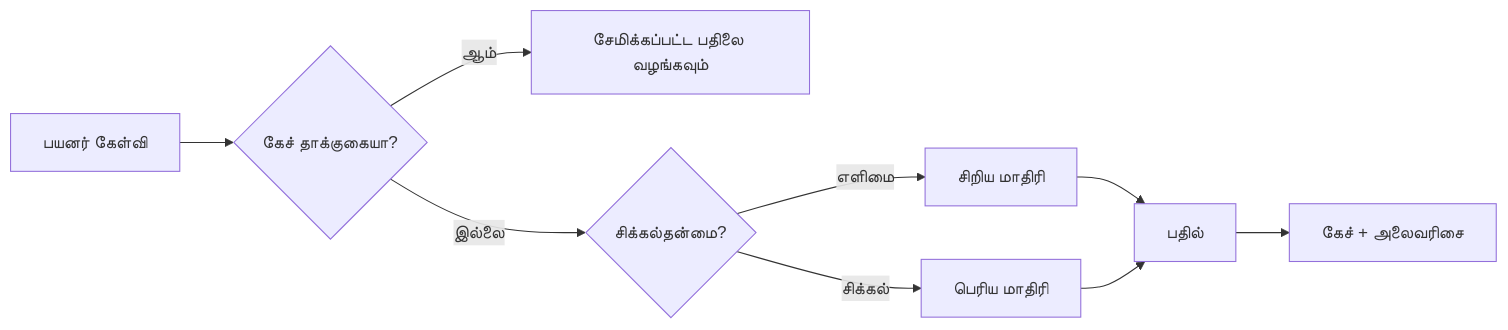
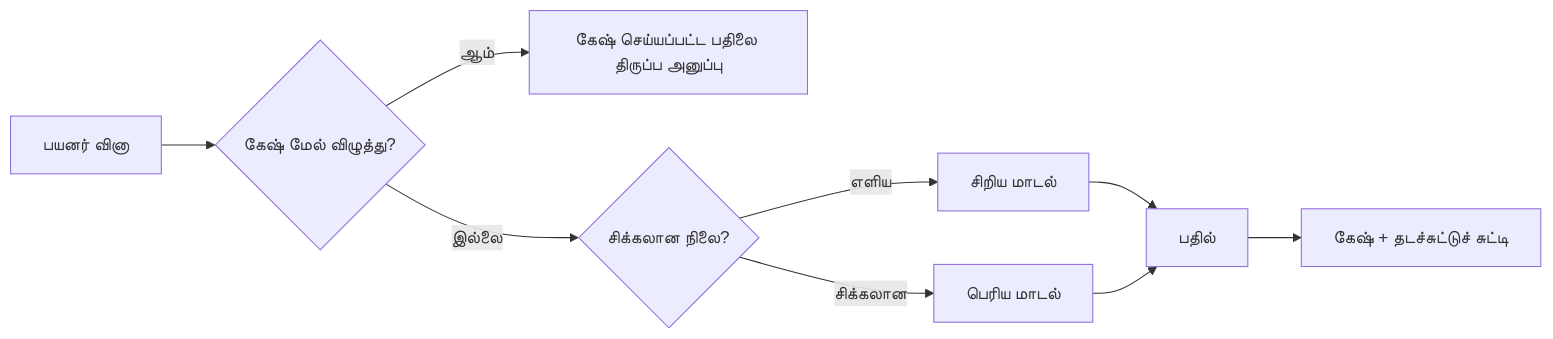
Before and after one commit to gabrielmoreira/agent-skills-mirror: the third of 4 diagrams in mirrors/repos/microsoft@ai-agents-for-beginners/translations/ta/16-deploying-scalable-agents/README.md, drawn with Mermaid. The commit also changed other lines of this file and 3581 other files, not shown here.

````diff
--- a/mirrors/repos/microsoft@ai-agents-for-beginners/translations/ta/16-deploying-scalable-agents/README.md
+++ b/mirrors/repos/microsoft@ai-agents-for-beginners/translations/ta/16-deploying-scalable-agents/README.md
@@ -134,11 +134,11 @@
 ```mermaid
 flowchart LR
-    Q[பயனர் கேள்வி] --> C{கேச் தாக்குகையா?}
-    C -->|ஆம்| R[சேமிக்கப்பட்ட பதிலை வழங்கவும்]
-    C -->|இல்லை| Router{சிக்கல்தன்மை?}
-    Router -->|எளிமை| SLM[சிறிய மாதிரி]
-    Router -->|சிக்கல்| LLM[பெரிய மாதிரி]
+    Q[பயனர் வினா] --> C{கேஷ் மேல் விழுத்து?}
+    C -->|ஆம்| R[கேஷ் செய்யப்பட்ட பதிலை திருப்ப அனுப்பு]
+    C -->|இல்லை| Router{சிக்கலான நிலை?}
+    Router -->|எளிய| SLM[சிறிய மாடல்]
+    Router -->|சிக்கலான| LLM[பெரிய மாடல்]
     SLM --> Out[பதில்]
     LLM --> Out
-    Out --> Store[கேச் + அலைவரிசை]
+    Out --> Store[கேஷ் + தடச்சுட்டுச் சுட்டி]
 ```
````
